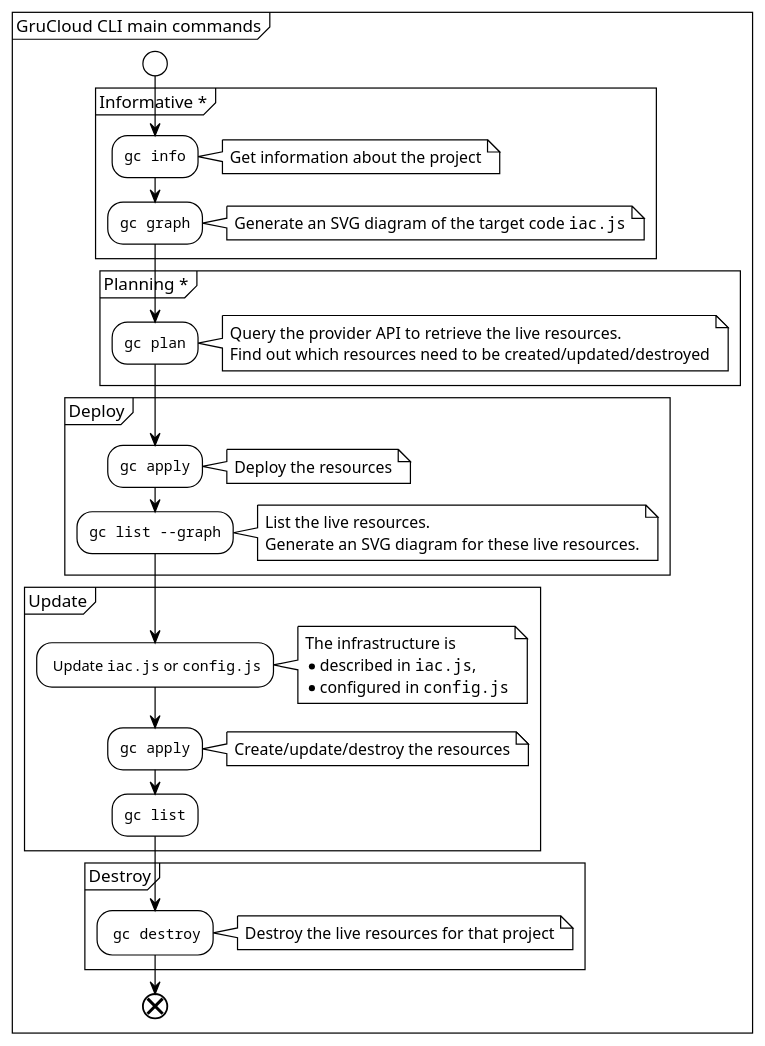
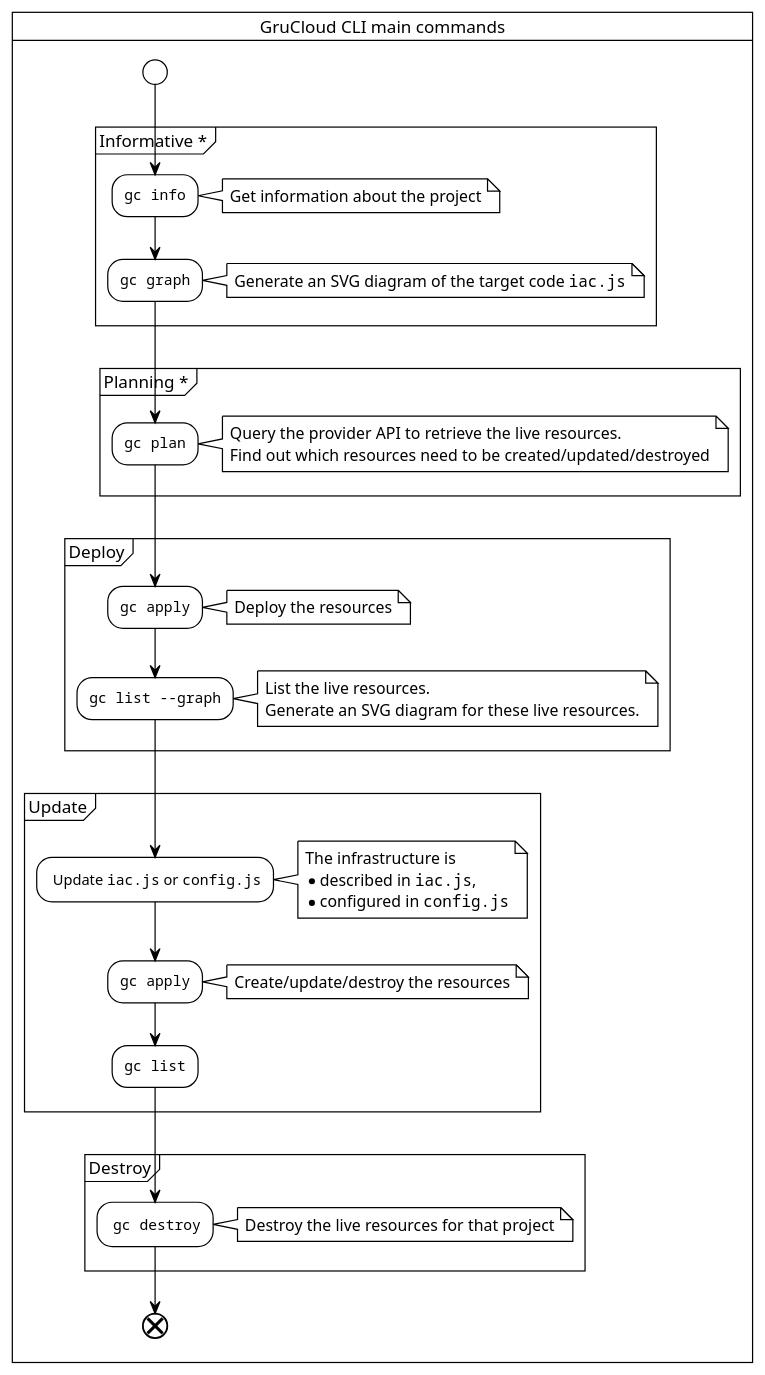
Before and after one commit to grucloud/grucloud: the diagram in docusaurus/plantuml/grucloud-cli-commands.puml, drawn with PlantUML. The commit also changed 4 other files, not shown here.

Commit message:
add activity diagram to gcp htts website

```diff
--- a/docusaurus/plantuml/grucloud-cli-commands.puml
+++ b/docusaurus/plantuml/grucloud-cli-commands.puml
@@ -1,60 +1,60 @@
 @startuml grucloud-cli-commands
 !theme plain
 
-partition "GruCloud CLI main commands" {
+card "GruCloud CLI main commands" {
 start
 partition "Informative *" {
 :""gc info"";
 note right
 Get information about the project
 end note
 :""gc graph"";
 note right
 Generate an SVG diagram of the target code ""iac.js""
 end note
 }
 
 partition "Planning *" {
 :""gc plan"";
 note right
 Query the provider API to retrieve the live resources.
 Find out which resources need to be created/updated/destroyed
 end note
 }
 
 partition "Deploy" {
 :""gc apply"";
 note right
 Deploy the resources
 end note
 :""gc list --graph"";
 note right
 List the live resources.
 Generate an SVG diagram for these live resources.
 end note
 }
 
 partition "Update" {
 : Update ""iac.js"" or ""config.js"";
 note right
 The infrastructure is
 * described in ""iac.js"", 
 * configured in ""config.js""
 end note
 :""gc apply"";
 note right
 Create/update/destroy the resources
 end note
 :""gc list"";
 }
 
 partition "Destroy" {
 : ""gc destroy"";
 note right
 Destroy the live resources for that project
 end note
 }
 end
 }
 
 @enduml
```
